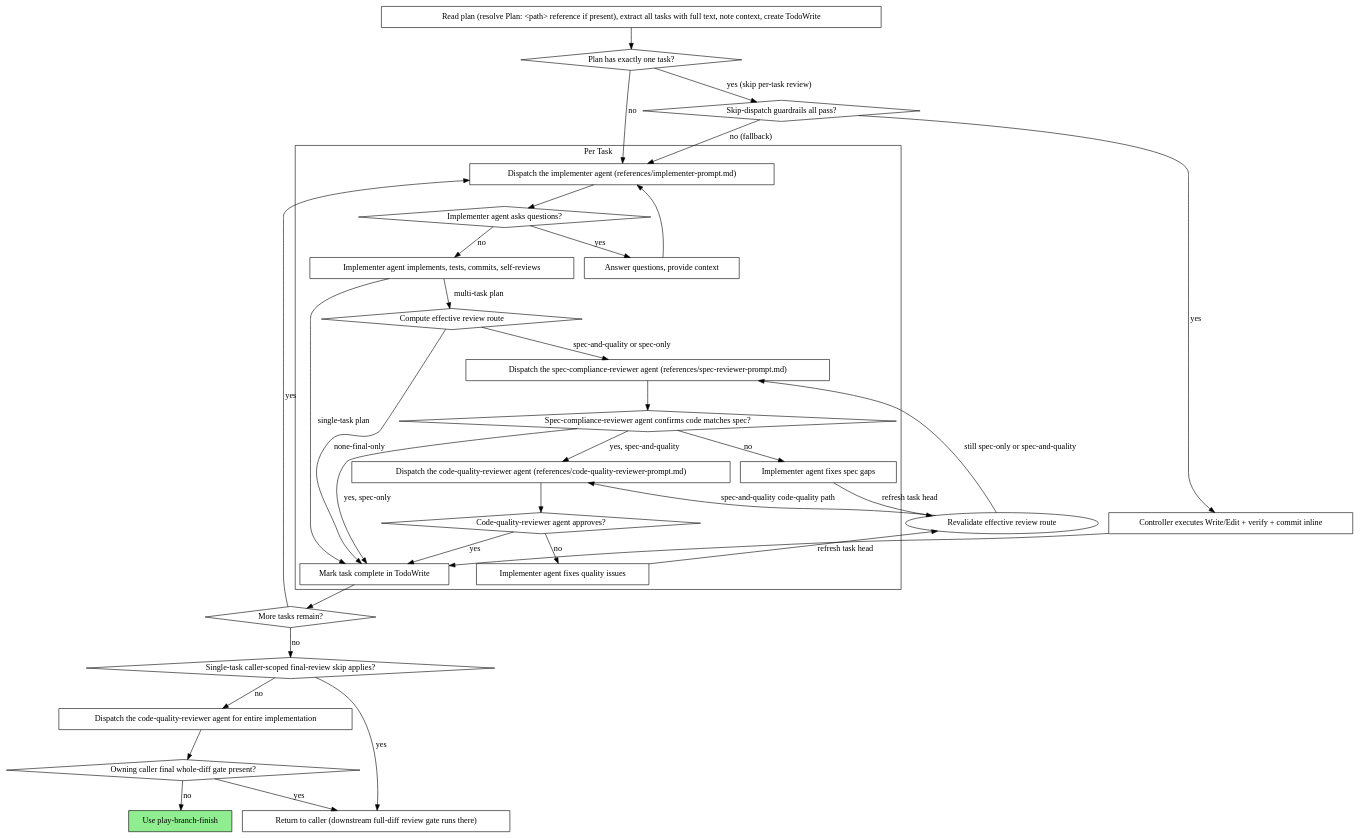
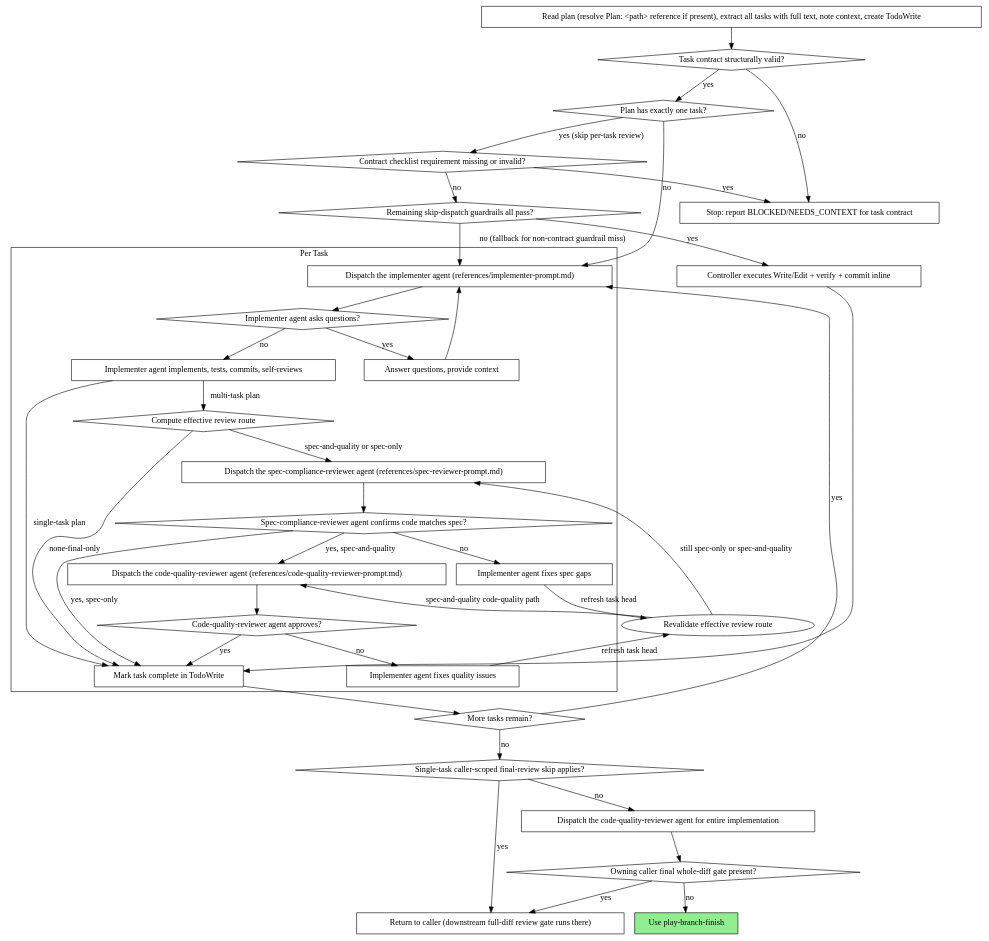
Before and after one commit to ryumiel/devcanon: the second of 2 diagrams in skills/play-subagent-execution/SKILL.md, drawn with Graphviz. The commit also changed other lines of this file and 9 other files, not shown here.

````diff
--- a/skills/play-subagent-execution/SKILL.md
+++ b/skills/play-subagent-execution/SKILL.md
@@ -139,66 +167,73 @@
 ```dot
 digraph process {
     rankdir=TB;
 
     subgraph cluster_per_task {
         label="Per Task";
         "Dispatch the implementer agent (references/implementer-prompt.md)" [shape=box];
         "Implementer agent asks questions?" [shape=diamond];
         "Answer questions, provide context" [shape=box];
         "Implementer agent implements, tests, commits, self-reviews" [shape=box];
         "Compute effective review route" [shape=diamond];
         "Dispatch the spec-compliance-reviewer agent (references/spec-reviewer-prompt.md)" [shape=box];
         "Spec-compliance-reviewer agent confirms code matches spec?" [shape=diamond];
         "Implementer agent fixes spec gaps" [shape=box];
         "Dispatch the code-quality-reviewer agent (references/code-quality-reviewer-prompt.md)" [shape=box];
         "Code-quality-reviewer agent approves?" [shape=diamond];
         "Implementer agent fixes quality issues" [shape=box];
         "Mark task complete in TodoWrite" [shape=box];
     }
 
     "Read plan (resolve Plan: <path> reference if present), extract all tasks with full text, note context, create TodoWrite" [shape=box];
     "Plan has exactly one task?" [shape=diamond];
     "More tasks remain?" [shape=diamond];
     "Single-task caller-scoped final-review skip applies?" [shape=diamond];
     "Dispatch the code-quality-reviewer agent for entire implementation" [shape=box];
     "Owning caller final whole-diff gate present?" [shape=diamond];
     "Return to caller (downstream full-diff review gate runs there)" [shape=box];
     "Use play-branch-finish" [shape=box style=filled fillcolor=lightgreen];
 
-    "Read plan (resolve Plan: <path> reference if present), extract all tasks with full text, note context, create TodoWrite" -> "Plan has exactly one task?";
+    "Read plan (resolve Plan: <path> reference if present), extract all tasks with full text, note context, create TodoWrite" -> "Task contract structurally valid?";
+    "Task contract structurally valid?" [shape=diamond];
+    "Task contract structurally valid?" -> "Stop: report BLOCKED/NEEDS_CONTEXT for task contract" [label="no"];
+    "Task contract structurally valid?" -> "Plan has exactly one task?" [label="yes"];
     "Plan has exactly one task?" -> "Dispatch the implementer agent (references/implementer-prompt.md)" [label="no"];
-    "Plan has exactly one task?" -> "Skip-dispatch guardrails all pass?" [label="yes (skip per-task review)"];
-    "Skip-dispatch guardrails all pass?" [shape=diamond];
-    "Skip-dispatch guardrails all pass?" -> "Controller executes Write/Edit + verify + commit inline" [label="yes"];
-    "Skip-dispatch guardrails all pass?" -> "Dispatch the implementer agent (references/implementer-prompt.md)" [label="no (fallback)"];
+    "Plan has exactly one task?" -> "Contract checklist requirement missing or invalid?" [label="yes (skip per-task review)"];
+    "Contract checklist requirement missing or invalid?" [shape=diamond];
+    "Contract checklist requirement missing or invalid?" -> "Stop: report BLOCKED/NEEDS_CONTEXT for task contract" [label="yes"];
+    "Contract checklist requirement missing or invalid?" -> "Remaining skip-dispatch guardrails all pass?" [label="no"];
+    "Remaining skip-dispatch guardrails all pass?" [shape=diamond];
+    "Remaining skip-dispatch guardrails all pass?" -> "Controller executes Write/Edit + verify + commit inline" [label="yes"];
+    "Remaining skip-dispatch guardrails all pass?" -> "Dispatch the implementer agent (references/implementer-prompt.md)" [label="no (fallback for non-contract guardrail miss)"];
+    "Stop: report BLOCKED/NEEDS_CONTEXT for task contract" [shape=box];
     "Controller executes Write/Edit + verify + commit inline" [shape=box];
     "Controller executes Write/Edit + verify + commit inline" -> "Mark task complete in TodoWrite";
     "Dispatch the implementer agent (references/implementer-prompt.md)" -> "Implementer agent asks questions?";
     "Implementer agent asks questions?" -> "Answer questions, provide context" [label="yes"];
     "Answer questions, provide context" -> "Dispatch the implementer agent (references/implementer-prompt.md)";
     "Implementer agent asks questions?" -> "Implementer agent implements, tests, commits, self-reviews" [label="no"];
     "Implementer agent implements, tests, commits, self-reviews" -> "Mark task complete in TodoWrite" [label="single-task plan"];
     "Implementer agent implements, tests, commits, self-reviews" -> "Compute effective review route" [label="multi-task plan"];
     "Compute effective review route" -> "Dispatch the spec-compliance-reviewer agent (references/spec-reviewer-prompt.md)" [label="spec-and-quality or spec-only"];
     "Compute effective review route" -> "Mark task complete in TodoWrite" [label="none-final-only"];
     "Dispatch the spec-compliance-reviewer agent (references/spec-reviewer-prompt.md)" -> "Spec-compliance-reviewer agent confirms code matches spec?";
     "Spec-compliance-reviewer agent confirms code matches spec?" -> "Implementer agent fixes spec gaps" [label="no"];
     "Implementer agent fixes spec gaps" -> "Revalidate effective review route" [label="refresh task head"];
     "Revalidate effective review route" -> "Dispatch the spec-compliance-reviewer agent (references/spec-reviewer-prompt.md)" [label="still spec-only or spec-and-quality"];
     "Revalidate effective review route" -> "Dispatch the code-quality-reviewer agent (references/code-quality-reviewer-prompt.md)" [label="spec-and-quality code-quality path"];
     "Spec-compliance-reviewer agent confirms code matches spec?" -> "Dispatch the code-quality-reviewer agent (references/code-quality-reviewer-prompt.md)" [label="yes, spec-and-quality"];
     "Spec-compliance-reviewer agent confirms code matches spec?" -> "Mark task complete in TodoWrite" [label="yes, spec-only"];
     "Dispatch the code-quality-reviewer agent (references/code-quality-reviewer-prompt.md)" -> "Code-quality-reviewer agent approves?";
     "Code-quality-reviewer agent approves?" -> "Implementer agent fixes quality issues" [label="no"];
     "Implementer agent fixes quality issues" -> "Revalidate effective review route" [label="refresh task head"];
     "Code-quality-reviewer agent approves?" -> "Mark task complete in TodoWrite" [label="yes"];
     "Mark task complete in TodoWrite" -> "More tasks remain?";
     "More tasks remain?" -> "Dispatch the implementer agent (references/implementer-prompt.md)" [label="yes"];
     "More tasks remain?" -> "Single-task caller-scoped final-review skip applies?" [label="no"];
     "Single-task caller-scoped final-review skip applies?" -> "Return to caller (downstream full-diff review gate runs there)" [label="yes"];
     "Single-task caller-scoped final-review skip applies?" -> "Dispatch the code-quality-reviewer agent for entire implementation" [label="no"];
     "Dispatch the code-quality-reviewer agent for entire implementation" -> "Owning caller final whole-diff gate present?";
     "Owning caller final whole-diff gate present?" -> "Return to caller (downstream full-diff review gate runs there)" [label="yes"];
     "Owning caller final whole-diff gate present?" -> "Use play-branch-finish" [label="no"];
 }
 ```
````
